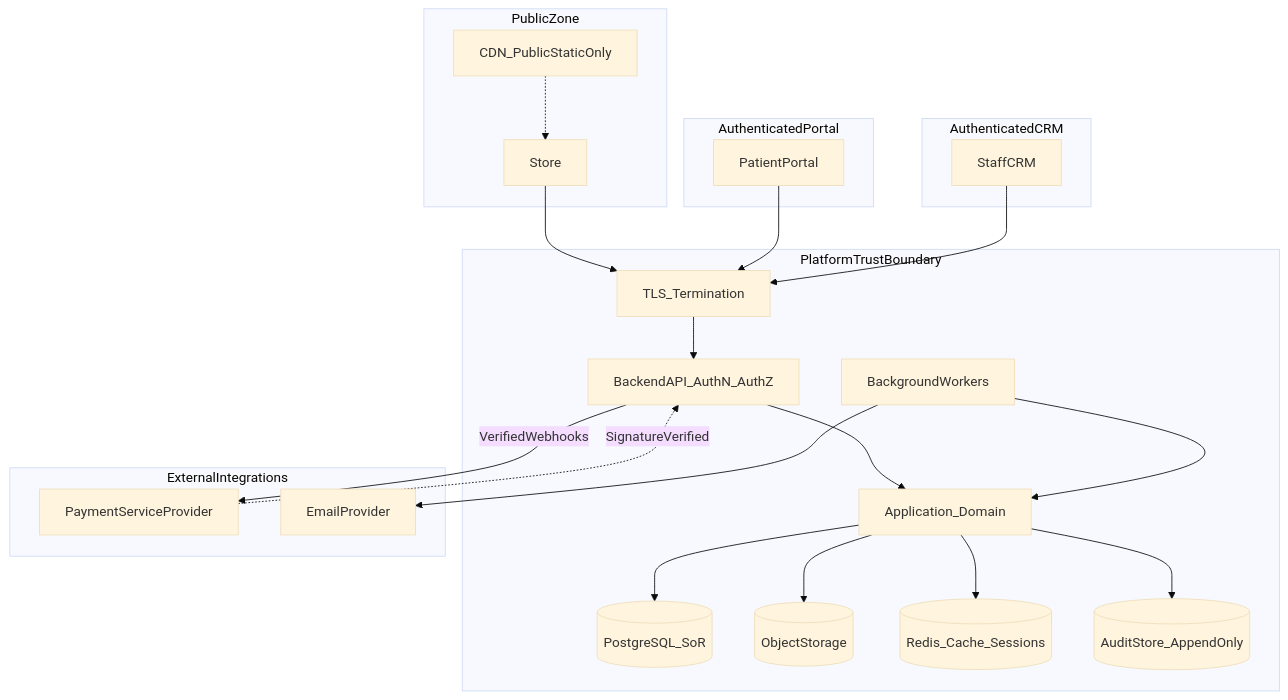
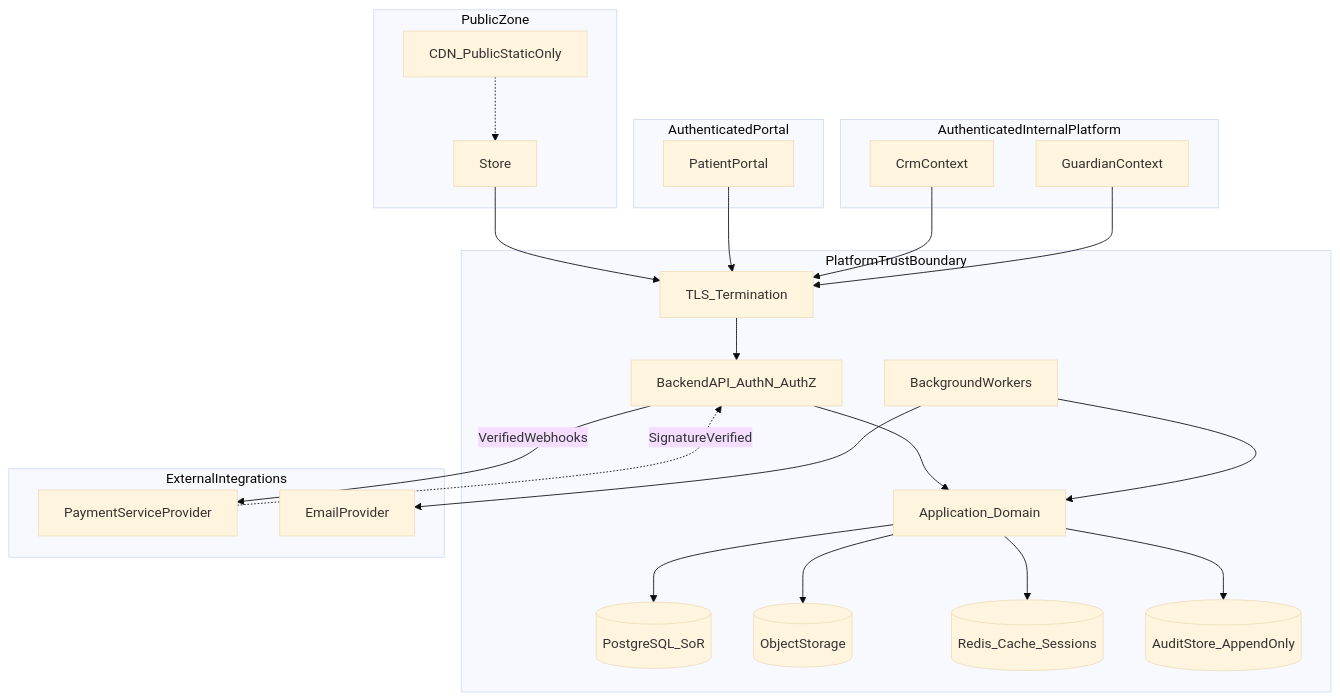
One commit to theabhissengar/clinexa-platform changed the first of 3 diagrams in docs/13-security.md. Above: the diagram before and after it, drawn with Mermaid (base theme). The commit also changed other lines of this file and 22 other files, not shown here.

Commit message:
Document Clinexa ecosystem and Internal Platform (CRM + Guardian).

````diff
--- a/docs/13-security.md
+++ b/docs/13-security.md
@@ -152,46 +152,48 @@
 ```mermaid
 flowchart TB
   subgraph publicZone [PublicZone]
     Store[Store]
     CDN[CDN_PublicStaticOnly]
   end
 
   subgraph patientZone [AuthenticatedPortal]
     Portal[PatientPortal]
   end
 
-  subgraph staffZone [AuthenticatedCRM]
-    CRM[StaffCRM]
+  subgraph staffZone [AuthenticatedInternalPlatform]
+    CRM[CrmContext]
+    Guardian[GuardianContext]
   end
 
   subgraph trustBoundary [PlatformTrustBoundary]
     Edge[TLS_Termination]
     API[BackendAPI_AuthN_AuthZ]
     App[Application_Domain]
     Workers[BackgroundWorkers]
     PG[(PostgreSQL_SoR)]
     Objects[(ObjectStorage)]
     Redis[(Redis_Cache_Sessions)]
     Audit[(AuditStore_AppendOnly)]
   end
 
   subgraph externalZone [ExternalIntegrations]
     PSP[PaymentServiceProvider]
     Email[EmailProvider]
   end
 
   Store --> Edge
   Portal --> Edge
   CRM --> Edge
+  Guardian --> Edge
   CDN -.-> Store
   Edge --> API
   API --> App
   App --> PG
   App --> Objects
   App --> Redis
   App --> Audit
   Workers --> App
   API -->|VerifiedWebhooks| PSP
   Workers --> Email
   PSP -.->|SignatureVerified| API
 ```
````
